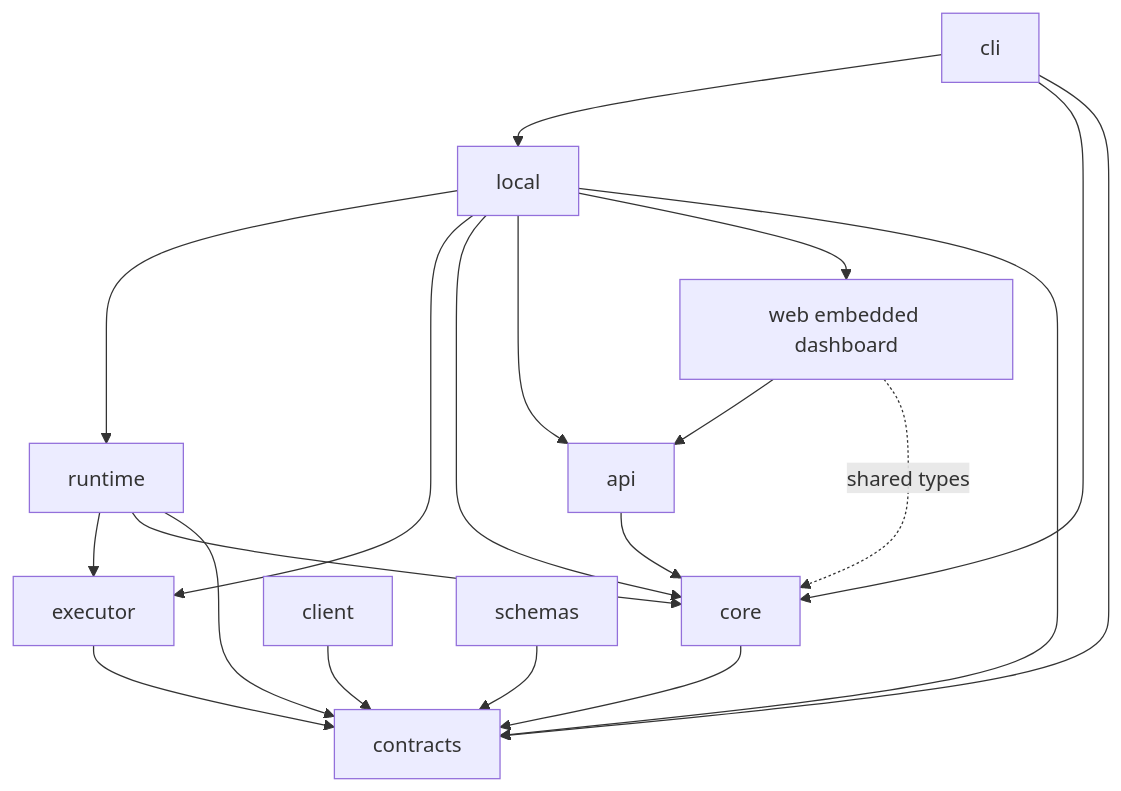
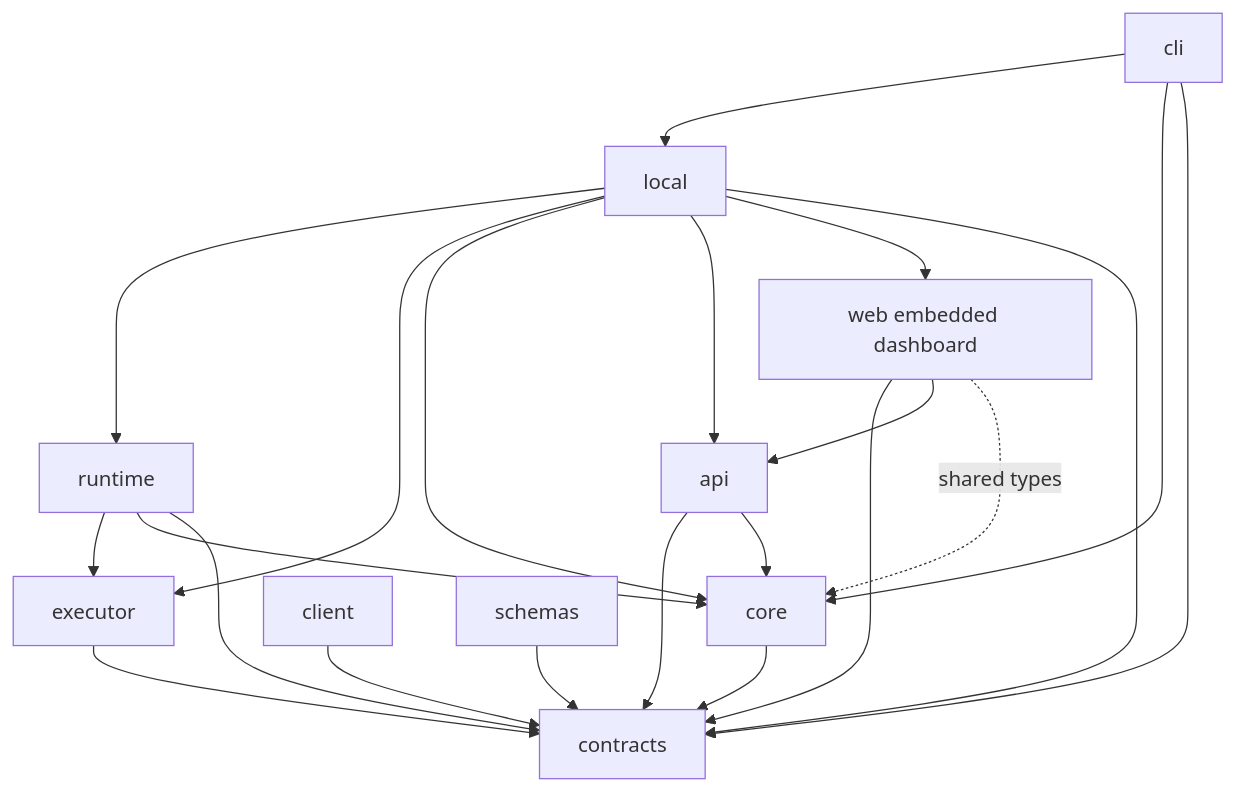
One commit to hatim-s/attest changed the first of 2 diagrams in docs/ARCHITECTURE.md. Above: the diagram before and after it, drawn with Mermaid. The commit also changed other lines of this file and 140 other files, not shown here.

Commit message:
refactor: centralize schema decoding for Effect migration

````diff
--- a/docs/ARCHITECTURE.md
+++ b/docs/ARCHITECTURE.md
@@ -5,22 +5,24 @@
 ```mermaid
 graph TD
   CLI[cli] --> Local[local]
   Local --> Runtime[runtime]
   Local --> Executor
   Local --> Core[core]
   Local --> Api[api]
+  Api --> Contracts
   Api --> Core
+  Web --> Contracts
   Web --> Api
   Local --> Web[web embedded dashboard]
   Runtime --> Executor[executor]
   Executor --> Contracts
   Client[client] --> Contracts
   Runtime --> Core
   Core --> Contracts[contracts]
   Runtime --> Contracts
   Local --> Contracts
   CLI --> Core
   CLI --> Contracts
   Web -. shared types .-> Core
   Schemas[schemas] --> Contracts
 ```
````
